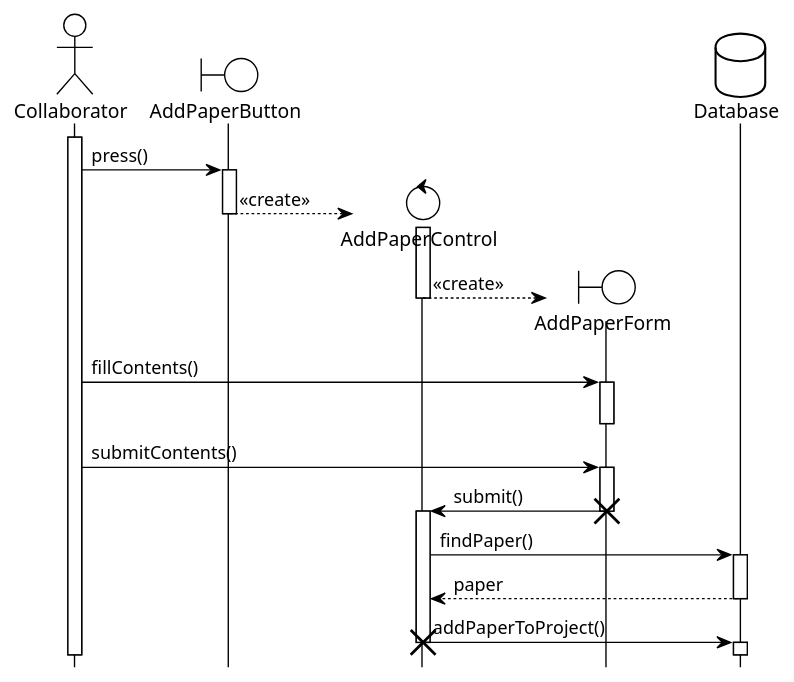
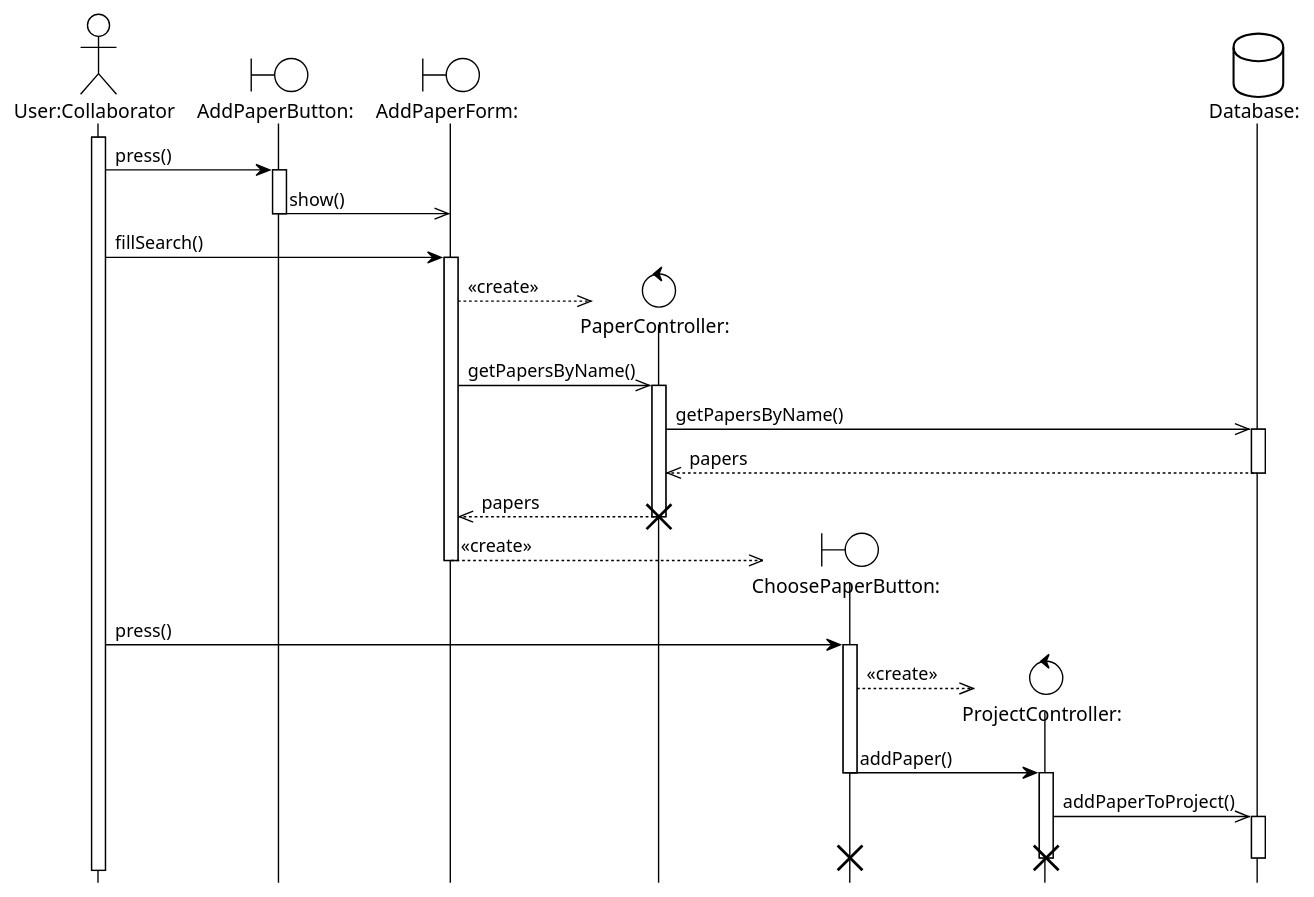
The diagram in Use case sequence diagrams/AddPaperToProject.puml (BlueMango10/Project-uml), drawn with PlantUML before and after one commit. The commit also changed 14 other files, not shown here.

Commit message:
Updated diagrams after implementation

```diff
--- a/Use case sequence diagrams/AddPaperToProject.puml
+++ b/Use case sequence diagrams/AddPaperToProject.puml
@@ -1,44 +1,94 @@
 @startuml AddPaperToProject
 !theme plain
 hide footbox
-actor Collaborator as pc
-boundary AddPaperButton as apb
-control AddPaperControl as apc
-boundary AddPaperForm as apf
-database Database as pd
+actor "User:Collaborator" as u
+boundary "AddPaperButton:" as apb
+boundary "AddPaperForm:" as apf
+control "PaperController:" as apc
+boundary "ChoosePaperButton:" as cpb
+control "ProjectController:" as pc
+database "Database:" as pd
 
+activate u
+
+u -> apb : press()
+activate apb
+
+apb ->> apf : show()
+deactivate apb
+
+u -> apf : fillSearch()
+activate apf
+
+create apc
+apf -->> apc : <<create>>
+apf ->> apc : getPapersByName()
+activate apc
+
+
+apc ->> pd : getPapersByName()
+activate pd
+
+pd -->> apc : papers
+deactivate pd
+
+apc -->> apf : papers
+destroy apc
+
+create cpb
+apf -->> cpb : <<create>>
+deactivate apf
+
+u -> cpb : press()
+activate cpb
+
+create pc
+cpb -->> pc : <<create>>
+cpb -> pc : addPaper()
+deactivate cpb
+activate pc
+
+pc ->> pd : addPaperToProject()
+activate pd
+deactivate pd
+
+destroy pc
+destroy cpb
+
+/'
 activate pc
 
 pc -> apb : press()
 activate apb
 
 create apc
 apb --> apc : <<create>>
 deactivate apb
 activate apc
 
 create apf
 apc --> apf : <<create>>
 deactivate apc
 
 pc -> apf : fillContents()
 activate apf
 deactivate apf
 
 pc -> apf : submitContents()
 activate apf
 
 apf -> apc : submit()
 destroy apf
 activate apc
 
 apc -> pd : findPaper()
 activate pd
 pd --> apc : paper
 deactivate pd
 
 apc -> pd : addPaperToProject()
 destroy apc
 activate pd
 deactivate pd
+'/
 @enduml
```
